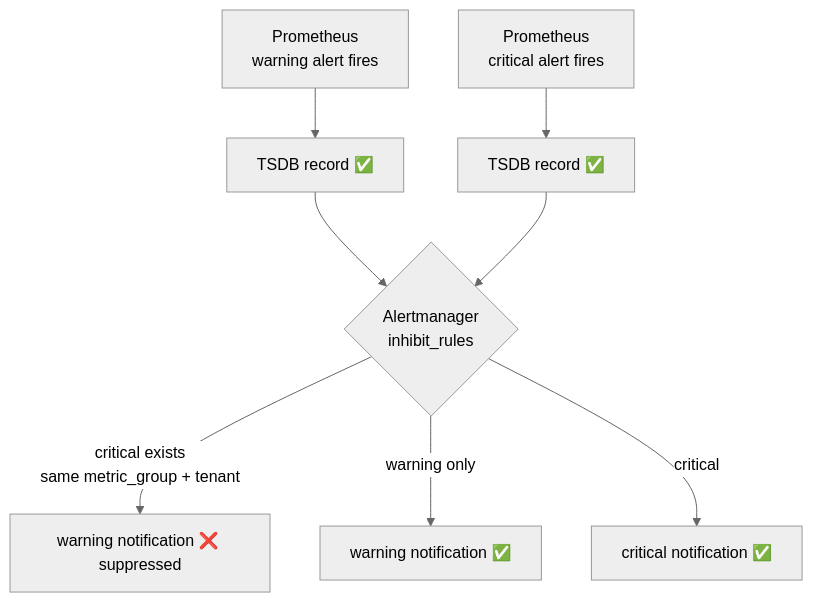
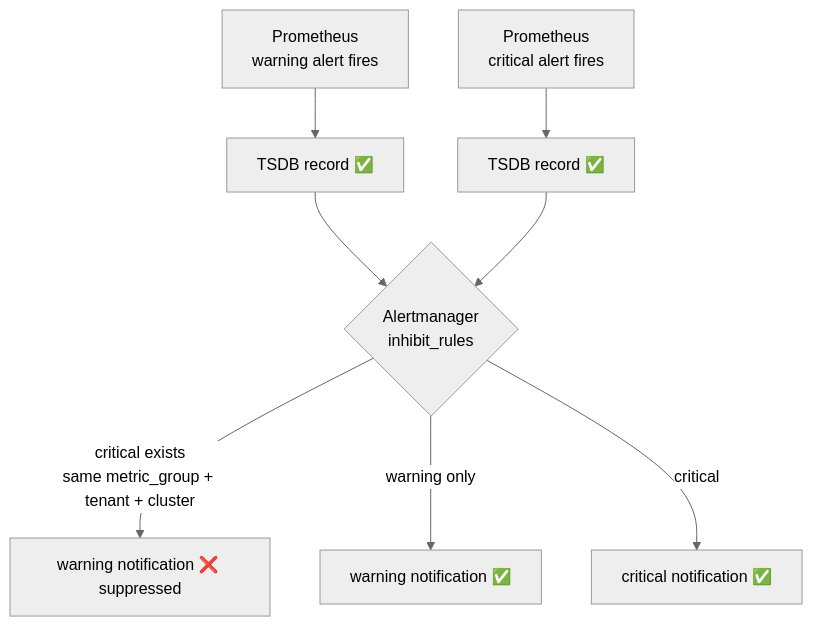
Before and after one commit to vencil/Dynamic-Alerting-Integrations: the third of 3 diagrams in docs/design/config-driven.en.md, drawn with Mermaid (neutral theme). The commit also changed other lines of this file and 55 other files, not shown here.

````diff
--- a/docs/design/config-driven.en.md
+++ b/docs/design/config-driven.en.md
@@ -643,10 +674,10 @@
 ```mermaid
 flowchart TD
     A["Prometheus<br/>warning alert fires"] --> B["TSDB record ✅"]
     C["Prometheus<br/>critical alert fires"] --> D["TSDB record ✅"]
     B --> E{"Alertmanager<br/>inhibit_rules"}
     D --> E
-    E -->|"critical exists<br/>same metric_group + tenant"| F["warning notification ❌ suppressed"]
+    E -->|"critical exists<br/>same metric_group + tenant + cluster"| F["warning notification ❌ suppressed"]
     E -->|"warning only"| G["warning notification ✅"]
     E -->|"critical"| H["critical notification ✅"]
 ```
````
